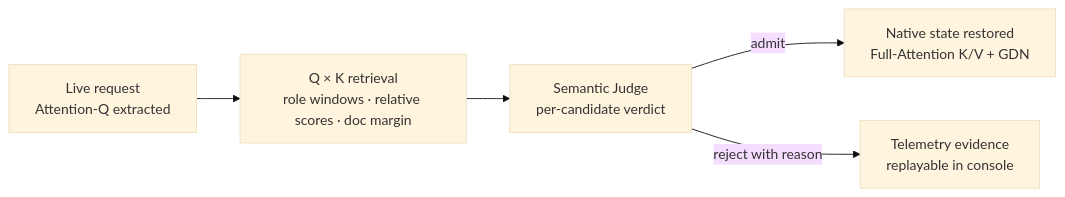
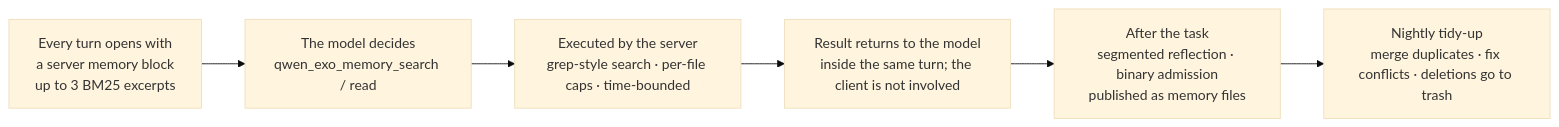
One commit to huoji120/QWEN-EXO-booster changed the diagram in README_EN.md. Above: the diagram before and after it, drawn with Mermaid (base theme). The commit also changed other lines of this file and 1 other file, not shown here.

````diff
--- a/README_EN.md
+++ b/README_EN.md
@@ -39,7 +40,8 @@
 ```mermaid
 flowchart LR
-    A["Live request<br/>Attention-Q extracted"] --> B["Q × K retrieval<br/>role windows · relative scores · doc margin"]
-    B --> C["Semantic Judge<br/>per-candidate verdict"]
-    C -->|admit| D["Native state restored<br/>Full-Attention K/V + GDN"]
-    C -->|reject with reason| E["Telemetry evidence<br/>replayable in console"]
+    A["Every turn opens with<br/>a server memory block<br/>up to 3 BM25 excerpts"] --> B["The model decides<br/>qwen_exo_memory_search / read"]
+    B --> C["Executed by the server<br/>grep-style search · per-file caps · time-bounded"]
+    C --> D["Result returns to the model<br/>inside the same turn; the client is not involved"]
+    D --> E["After the task<br/>segmented reflection · binary admission<br/>published as memory files"]
+    E --> F["Nightly tidy-up<br/>merge duplicates · fix conflicts · deletions go to trash"]
 ```
````
